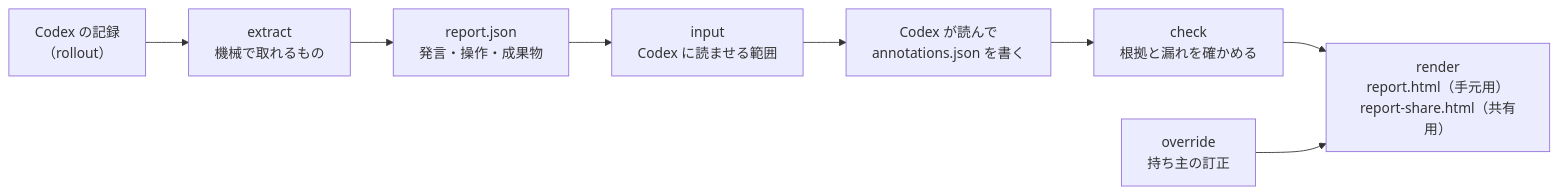
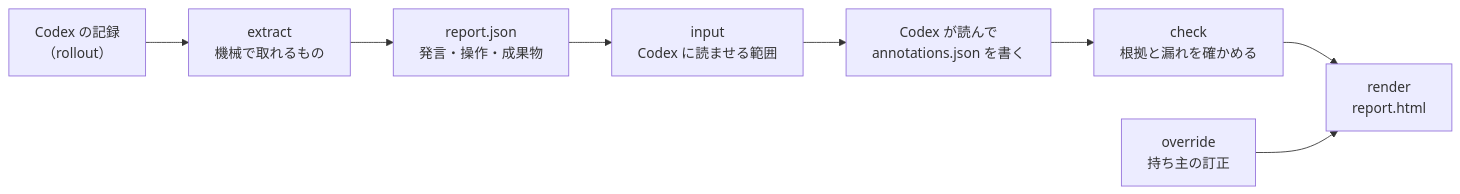
One commit to iroha924/dev-com changed the sixth of 8 diagrams in README.md. Above: the diagram before and after it, drawn with Mermaid. The commit also changed other lines of this file and 6 other files, not shown here.

Commit message:
refactor(session-report): 持ち主専用なので共有用の render --share を消す

````diff
--- a/README.md
+++ b/README.md
@@ -392,10 +392,10 @@
 ```mermaid
 flowchart LR
     r["Codex の記録<br/>（rollout）"] --> e["extract<br/>機械で取れるもの"]
     e --> j1["report.json<br/>発言・操作・成果物"]
     j1 --> i["input<br/>Codex に読ませる範囲"]
     i --> c["Codex が読んで<br/>annotations.json を書く"]
     c --> k["check<br/>根拠と漏れを確かめる"]
-    k --> h["render<br/>report.html（手元用）<br/>report-share.html（共有用）"]
+    k --> h["render<br/>report.html"]
     o["override<br/>持ち主の訂正"] --> h
 ```
````
